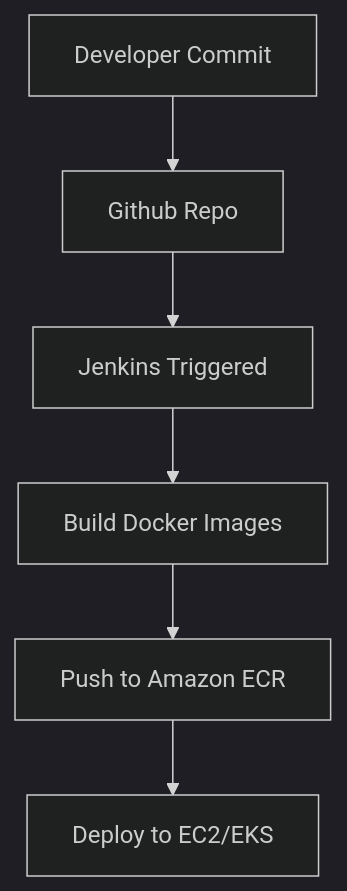
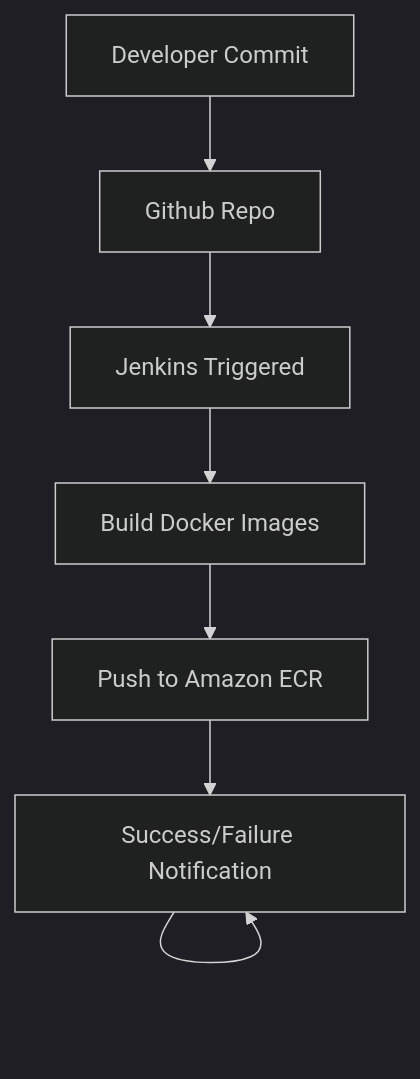
One commit to tanujbhatia24/Orchestration changed the diagram in README.md. Above: the diagram before and after it, drawn with Mermaid (dark theme).

````diff
--- a/README.md
+++ b/README.md
@@ -97,8 +97,9 @@
 ```mermaid
 graph TD
 A[Developer Commit] --> B[Github Repo]
 B --> C[Jenkins Triggered]
 C --> D[Build Docker Images]
 D --> E[Push to Amazon ECR]
 E --> F[Deploy to EC2/EKS]
+F --> F[Success/Failure Notification]
 ```
````
